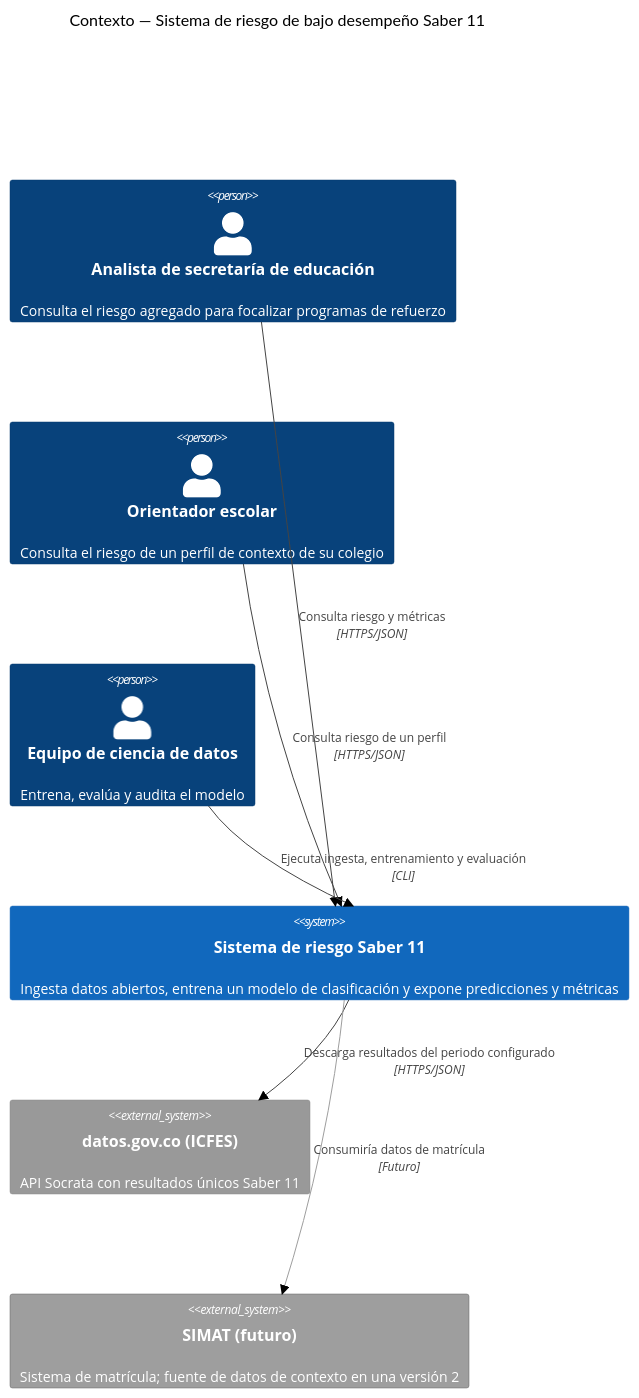
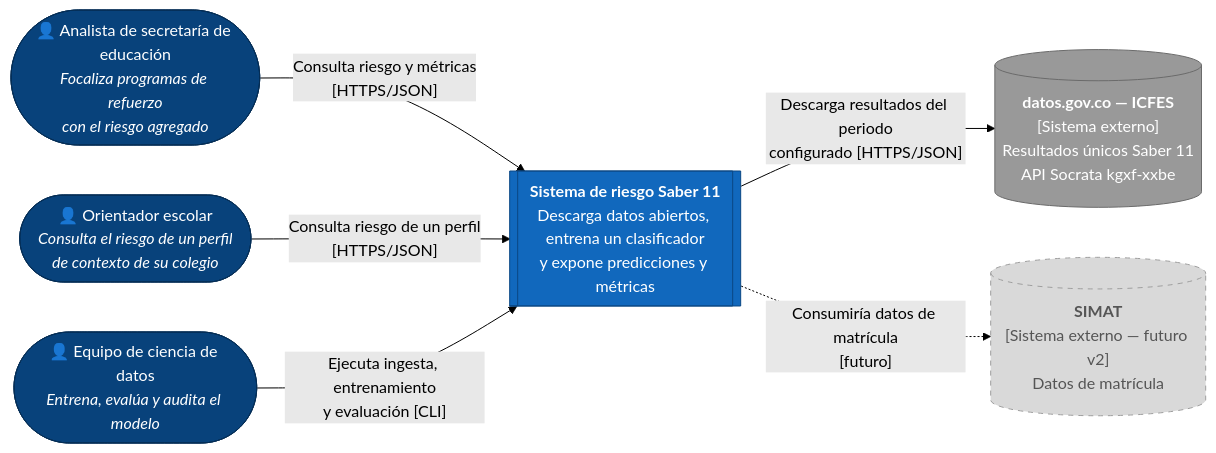
One commit to contracamilo/proyectoFinal_saber11 changed the diagram in docs/arquitectura/c4-contexto.md. Above: the diagram before and after it, drawn with Mermaid (forest theme). The commit also changed other lines of this file, not shown here.

Commit message:
docs(arch): diagrama C4 de contexto compatible con GitHub y tabla de elementos

````diff
--- a/docs/arquitectura/c4-contexto.md
+++ b/docs/arquitectura/c4-contexto.md
@@ -3,22 +5,26 @@
 ```mermaid
-C4Context
-    title Contexto — Sistema de riesgo de bajo desempeño Saber 11
+flowchart LR
+    analista(["👤 Analista de secretaría de educación<br/><i>Focaliza programas de refuerzo<br/>con el riesgo agregado</i>"])
+    orientador(["👤 Orientador escolar<br/><i>Consulta el riesgo de un perfil<br/>de contexto de su colegio</i>"])
+    equipo(["👤 Equipo de ciencia de datos<br/><i>Entrena, evalúa y audita el modelo</i>"])
 
-    Person(analista, "Analista de secretaría de educación", "Consulta el riesgo agregado para focalizar programas de refuerzo")
-    Person(orientador, "Orientador escolar", "Consulta el riesgo de un perfil de contexto de su colegio")
-    Person(cientifico, "Equipo de ciencia de datos", "Entrena, evalúa y audita el modelo")
+    sistema[["<b>Sistema de riesgo Saber 11</b><br/>Descarga datos abiertos, entrena un clasificador<br/>y expone predicciones y métricas"]]
 
-    System(sistema, "Sistema de riesgo Saber 11", "Ingesta datos abiertos, entrena un modelo de clasificación y expone predicciones y métricas")
+    datosgov[("<b>datos.gov.co — ICFES</b><br/>[Sistema externo]<br/>Resultados únicos Saber 11<br/>API Socrata kgxf-xxbe")]
+    simat[("<b>SIMAT</b><br/>[Sistema externo — futuro v2]<br/>Datos de matrícula")]
 
-    System_Ext(datosgov, "datos.gov.co (ICFES)", "API Socrata con resultados únicos Saber 11")
-    System_Ext(simat, "SIMAT (futuro)", "Sistema de matrícula; fuente de datos de contexto en una versión 2")
+    analista -- "Consulta riesgo y métricas<br/>[HTTPS/JSON]" --> sistema
+    orientador -- "Consulta riesgo de un perfil<br/>[HTTPS/JSON]" --> sistema
+    equipo -- "Ejecuta ingesta, entrenamiento<br/>y evaluación [CLI]" --> sistema
+    sistema -- "Descarga resultados del periodo<br/>configurado [HTTPS/JSON]" --> datosgov
+    sistema -. "Consumiría datos de matrícula<br/>[futuro]" .-> simat
 
-    Rel(analista, sistema, "Consulta riesgo y métricas", "HTTPS/JSON")
-    Rel(orientador, sistema, "Consulta riesgo de un perfil", "HTTPS/JSON")
-    Rel(cientifico, sistema, "Ejecuta ingesta, entrenamiento y evaluación", "CLI")
-    Rel(sistema, datosgov, "Descarga resultados del periodo configurado", "HTTPS/JSON")
-    Rel(sistema, simat, "Consumiría datos de matrícula", "Futuro")
-
-    UpdateElementStyle(simat, $bgColor="#9e9e9e", $borderColor="#616161")
-    UpdateRelStyle(sistema, simat, $lineColor="#9e9e9e")
+    classDef persona fill:#08427b,color:#fff,stroke:#052e56
+    classDef interno fill:#1168bd,color:#fff,stroke:#0b4884
+    classDef externo fill:#999999,color:#fff,stroke:#6b6b6b
+    classDef futuro fill:#d9d9d9,color:#555,stroke:#9e9e9e,stroke-dasharray: 5 5
+    class analista,orientador,equipo persona
+    class sistema interno
+    class datosgov externo
+    class simat futuro
 ```
````
